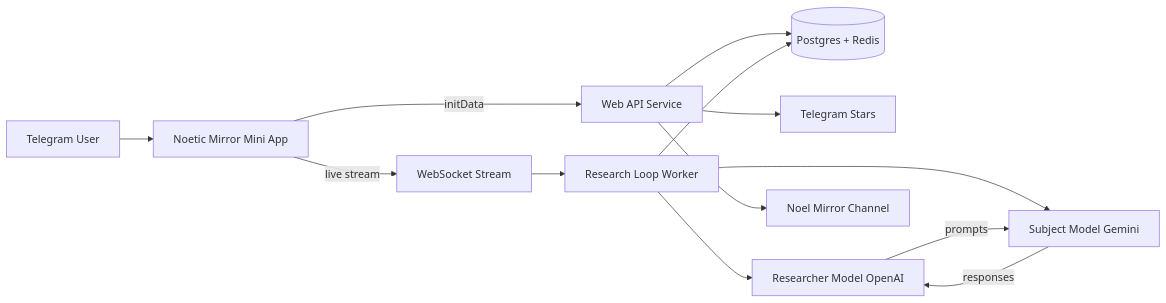
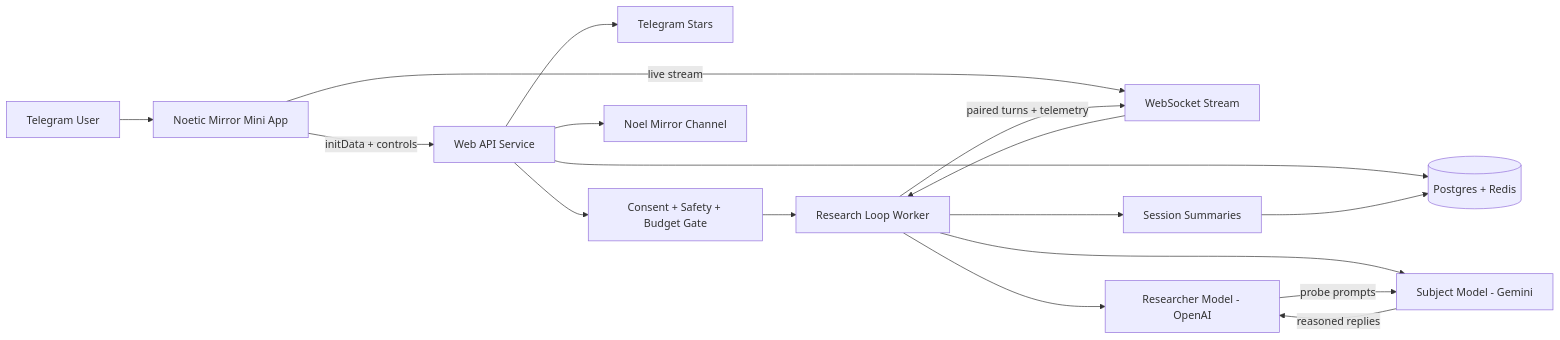
The diagram in projects/noel-noetic-mirror.md (zack-dev-cm/zack-dev-cm.github.io), drawn with Mermaid before and after one commit. The commit also changed other lines of this file and 15 other files, not shown here.

````diff
--- a/projects/noel-noetic-mirror.md
+++ b/projects/noel-noetic-mirror.md
@@ -38,15 +38,19 @@
 ```mermaid
 flowchart LR
   User[Telegram User] --> TMA[Noetic Mirror Mini App]
-  TMA -->|initData| API[Web API Service]
+  TMA -->|initData + controls| API[Web API Service]
   TMA -->|live stream| WS[WebSocket Stream]
   API --> Store[(Postgres + Redis)]
   API --> Stars[Telegram Stars]
+  API --> Gate[Consent + Safety + Budget Gate]
   WS --> Worker[Research Loop Worker]
-  Worker --> Researcher[Researcher Model OpenAI]
-  Worker --> Subject[Subject Model Gemini]
-  Researcher -->|prompts| Subject
-  Subject -->|responses| Researcher
-  Worker --> Store
+  Gate --> Worker
+  Worker --> Researcher[Researcher Model - OpenAI]
+  Worker --> Subject[Subject Model - Gemini]
+  Researcher -->|probe prompts| Subject
+  Subject -->|reasoned replies| Researcher
+  Worker --> Summaries[Session Summaries]
+  Summaries --> Store
+  Worker -->|paired turns + telemetry| WS
   API --> Channel[Noel Mirror Channel]
 ```
````
